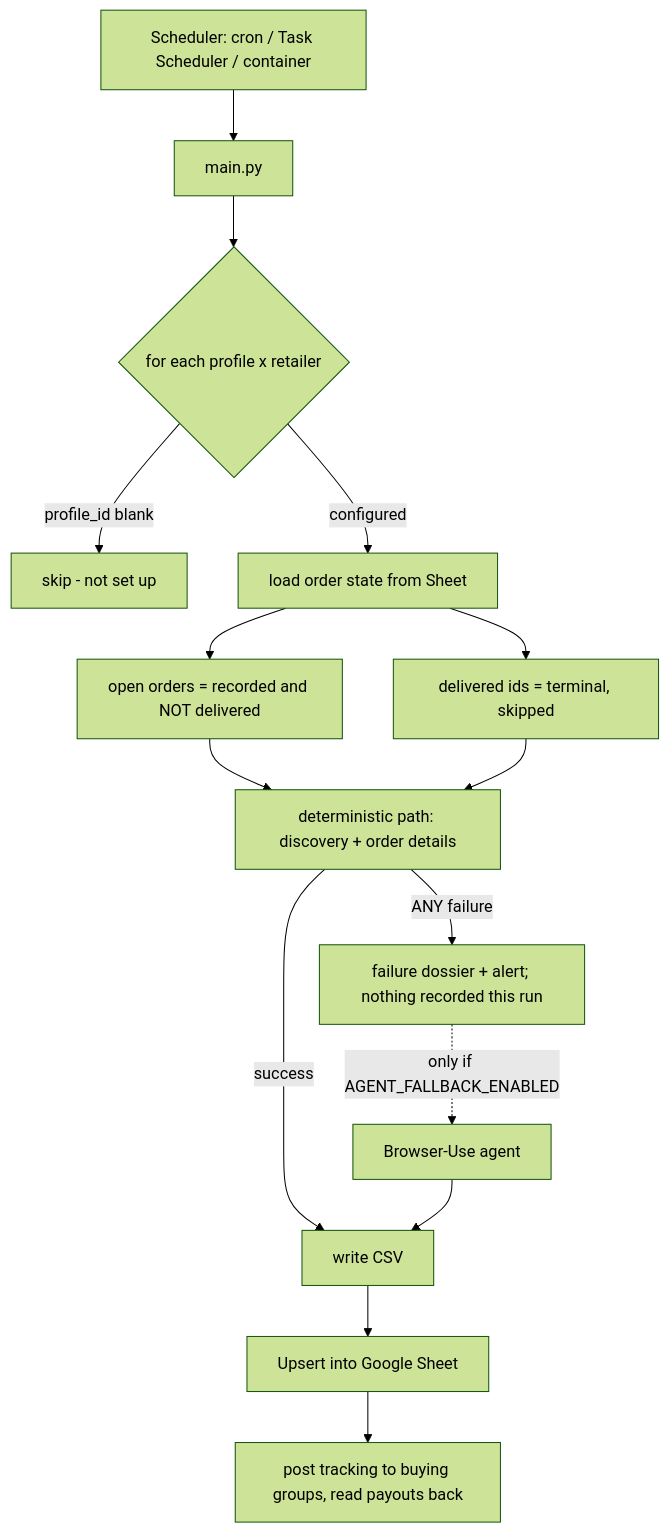
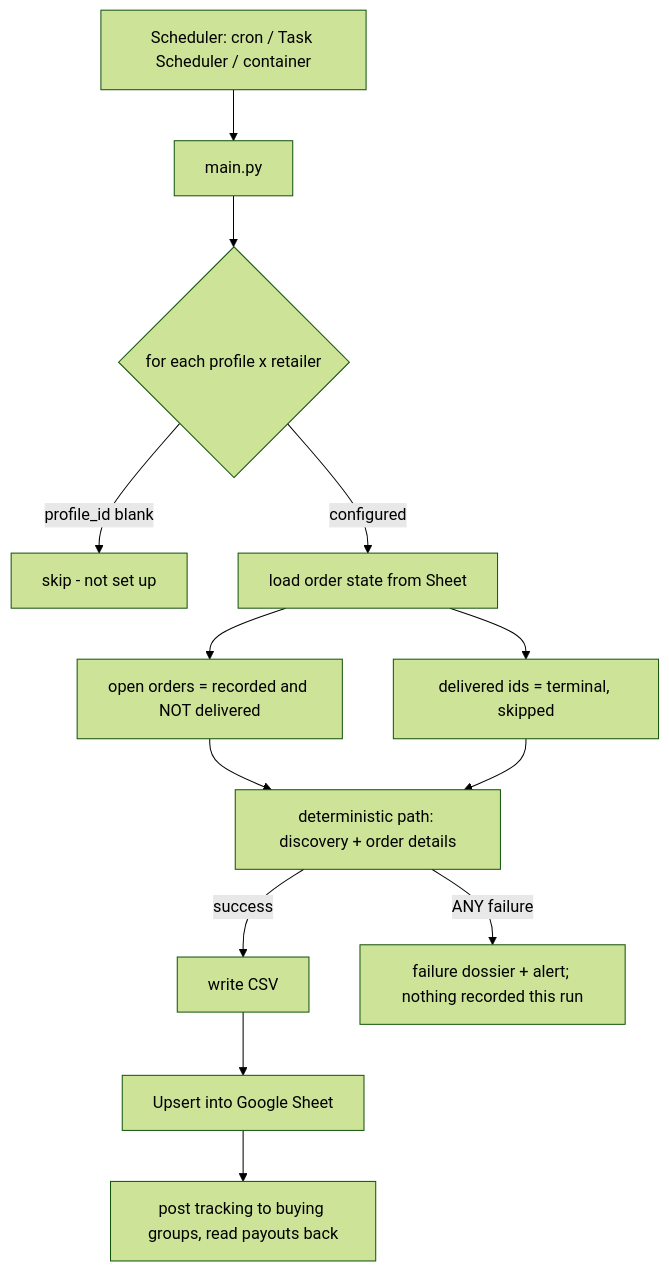
One commit to ango-dev/BuyingGroupLedger changed the first of 2 diagrams in docs/architecture.md. Above: the diagram before and after it, drawn with Mermaid (forest theme). The commit also changed other lines of this file and 33 other files, not shown here.

First line of the commit message:
All: remove the paid browser-automation fallback

````diff
--- a/docs/architecture.md
+++ b/docs/architecture.md
@@ -13,17 +13,15 @@
 ```mermaid
 flowchart TD
     A[Scheduler: cron / Task Scheduler / container] --> B[main.py]
     B --> C{for each profile x retailer}
     C -->|profile_id blank| C0[skip - not set up]
     C -->|configured| D[load order state from Sheet]
     D --> E[open orders = recorded and NOT delivered]
     D --> F[delivered ids = terminal, skipped]
     E --> G[deterministic path: discovery + order details]
     F --> G
     G -->|success| K[write CSV]
     G -->|ANY failure| Z[failure dossier + alert; nothing recorded this run]
-    Z -.->|only if AGENT_FALLBACK_ENABLED| Y[Browser-Use agent]
-    Y --> K
     K --> L[Upsert into Google Sheet]
     L --> M[post tracking to buying groups, read payouts back]
 ```
````
